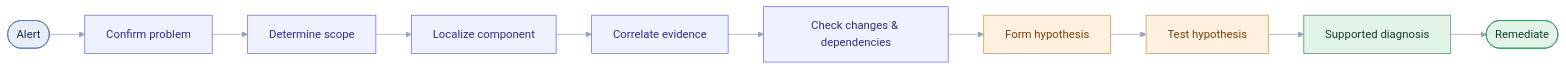
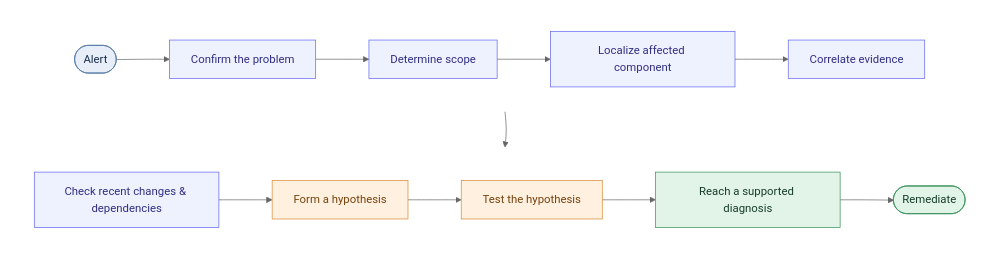
One commit to TechieWebAI/incident-investigation-research changed the first of 5 diagrams in README.md. Above: the diagram before and after it, drawn with Mermaid (neutral theme). The commit also changed other lines of this file, not shown here.

Commit message:
Add incident investigation research

````diff
--- a/README.md
+++ b/README.md
@@ -348,24 +348,28 @@
 ```mermaid
-flowchart LR
-    A(["Alert"]) --> B["Confirm problem"]
-    B --> C["Determine scope"]
-    C --> D["Localize component"]
-    D --> E["Correlate evidence"]
-    E --> F["Check changes & dependencies"]
-    F --> G["Form hypothesis"]
-    G --> H["Test hypothesis"]
-    H --> I["Supported diagnosis"]
-    I --> J(["Remediate"])
+flowchart TB
+    subgraph TOP[" "]
+        direction LR
+        A(["Alert"]) --> B["Confirm the problem"] --> C["Determine scope"] --> D["Localize affected component"] --> E["Correlate evidence"]
+    end
+
+    subgraph BOTTOM[" "]
+        direction LR
+        F["Check recent changes & dependencies"] --> G["Form a hypothesis"] --> H["Test the hypothesis"] --> I["Reach a supported diagnosis"] --> J(["Remediate"])
+    end
+
+    E ~~~ F
+    E --> F
 
     classDef start fill:#e8eef7,stroke:#5479a8,color:#172b4d
     classDef investigate fill:#eef2ff,stroke:#6366f1,color:#312e81
     classDef hypothesis fill:#fff0df,stroke:#d98a32,color:#75420d
     classDef finish fill:#e2f4e8,stroke:#39915b,color:#163d27
 
     class A start
     class B,C,D,E,F investigate
     class G,H hypothesis
     class I,J finish
 
-    linkStyle default stroke:#94a3b8
+    style TOP fill:transparent,stroke:transparent
+    style BOTTOM fill:transparent,stroke:transparent
 ```
````
